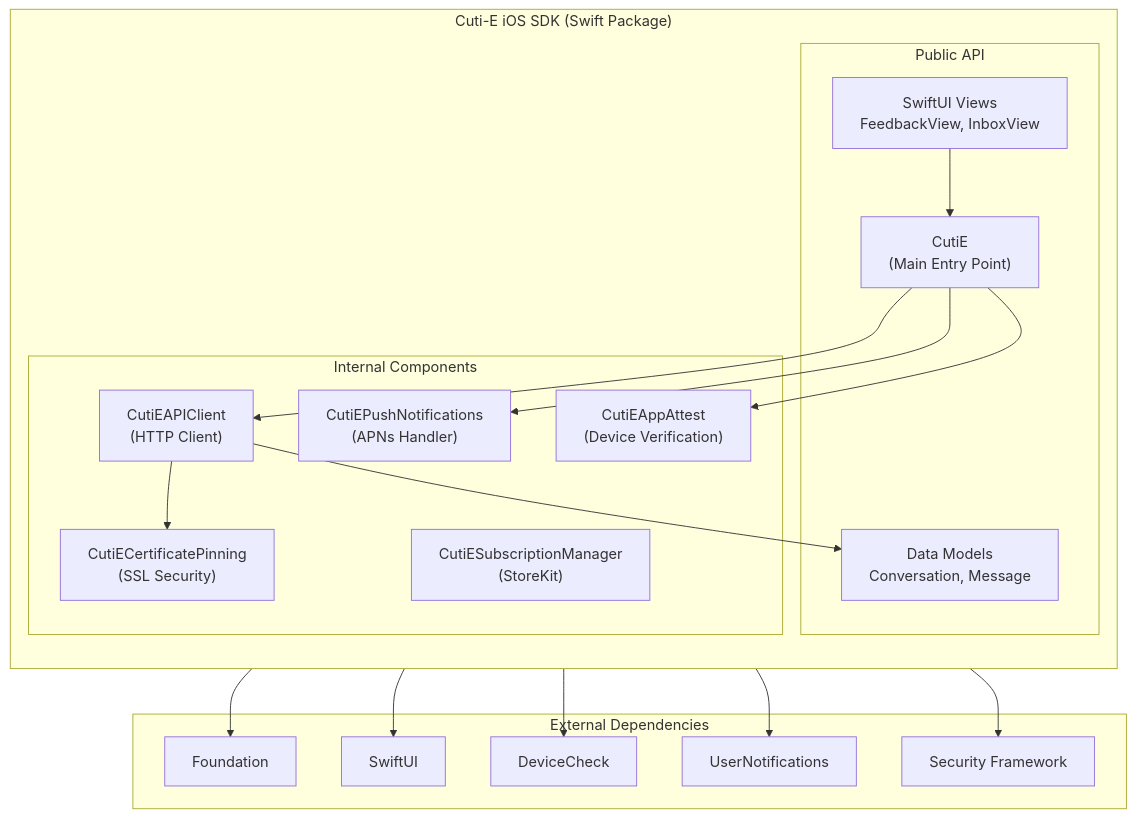
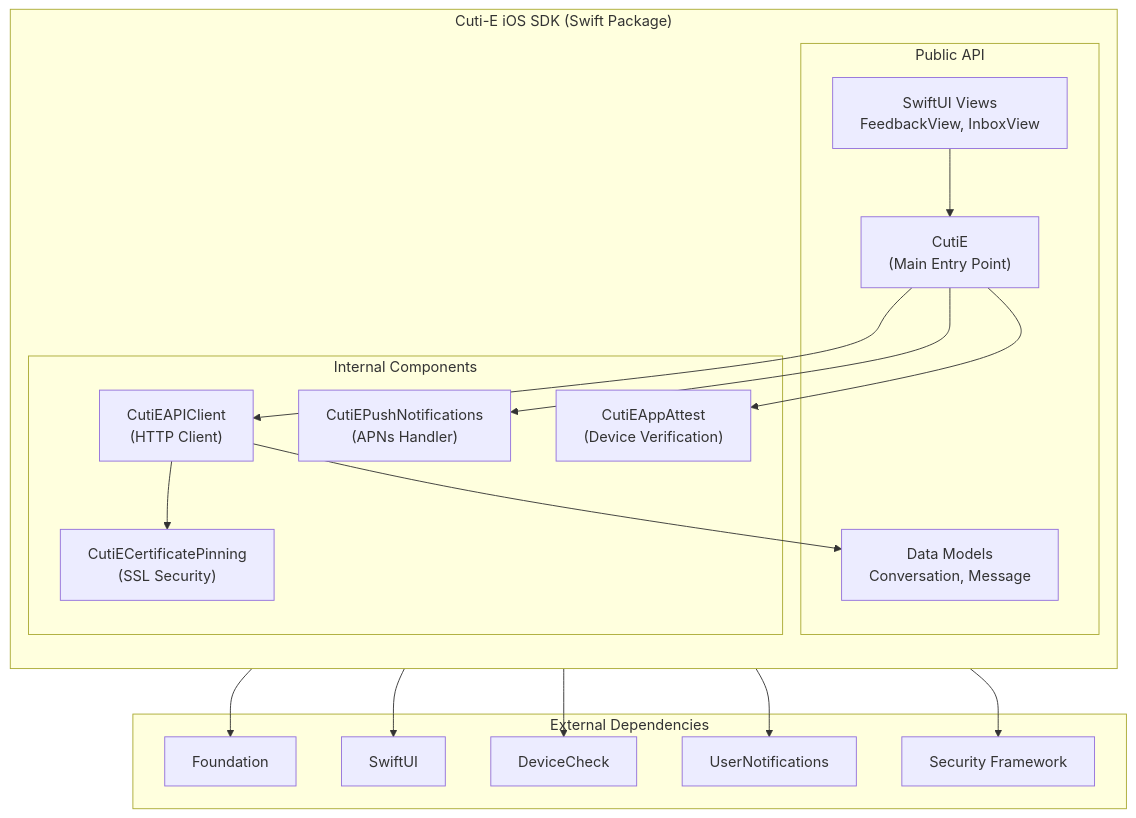
One commit to cuti-e/ios-sdk changed the third of 10 diagrams in ARCHITECTURE.md. Above: the diagram before and after it, drawn with Mermaid. The commit also changed other lines of this file and 6 other files, not shown here.

First line of the commit message:
refactor!: remove CutiESubscriptionManager from SDK (#69)

````diff
--- a/ARCHITECTURE.md
+++ b/ARCHITECTURE.md
@@ -82,41 +82,40 @@
 ```mermaid
 flowchart TB
     subgraph sdk["Cuti-E iOS SDK (Swift Package)"]
         direction TB
 
         subgraph public["Public API"]
             CutiE["CutiE<br/>(Main Entry Point)"]
             Views["SwiftUI Views<br/>FeedbackView, InboxView"]
             Models["Data Models<br/>Conversation, Message"]
         end
 
         subgraph internal["Internal Components"]
             APIClient["CutiEAPIClient<br/>(HTTP Client)"]
             Push["CutiEPushNotifications<br/>(APNs Handler)"]
             Attest["CutiEAppAttest<br/>(Device Verification)"]
             Pinning["CutiECertificatePinning<br/>(SSL Security)"]
-            Subscriptions["CutiESubscriptionManager<br/>(StoreKit)"]
         end
     end
 
     subgraph external["External Dependencies"]
         Foundation["Foundation"]
         SwiftUI["SwiftUI"]
         DeviceCheck["DeviceCheck"]
         UserNotifications["UserNotifications"]
         Security["Security Framework"]
     end
 
     CutiE --> APIClient
     CutiE --> Push
     CutiE --> Attest
     Views --> CutiE
     APIClient --> Pinning
     APIClient --> Models
 
     sdk --> Foundation
     Views --> SwiftUI
     Attest --> DeviceCheck
     Push --> UserNotifications
     Pinning --> Security
 ```
````
